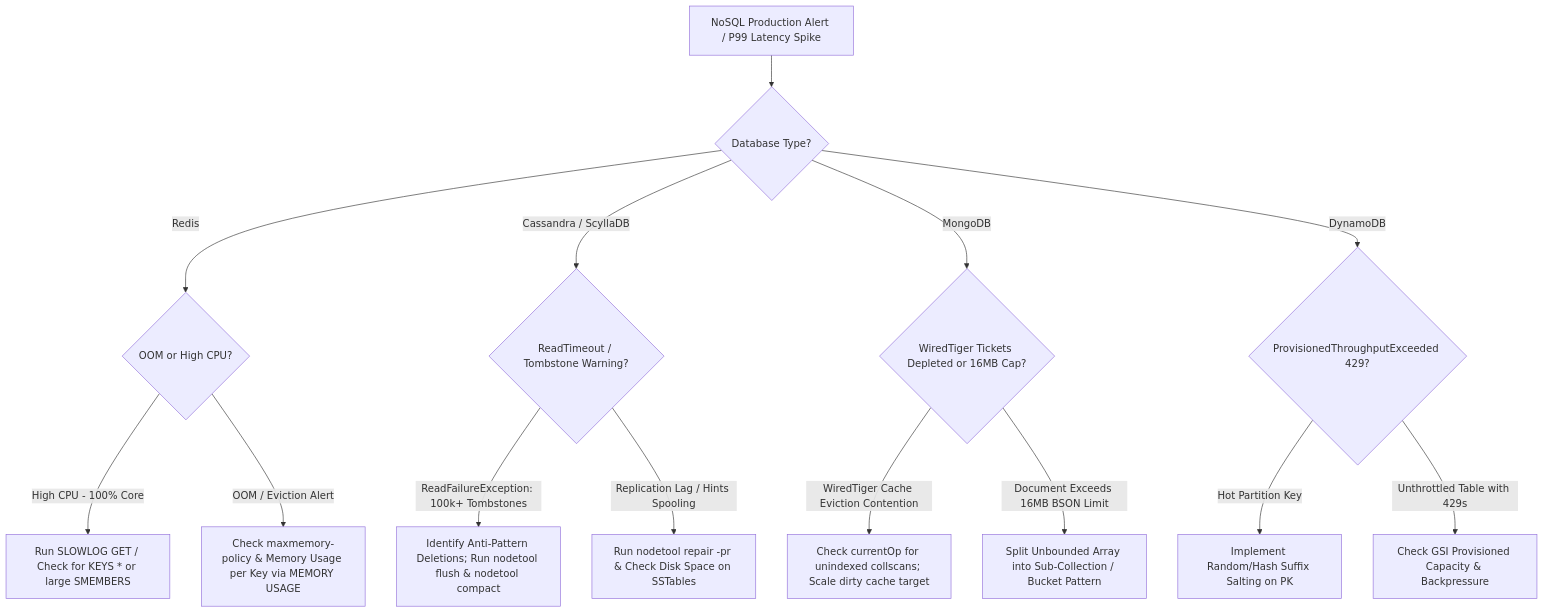
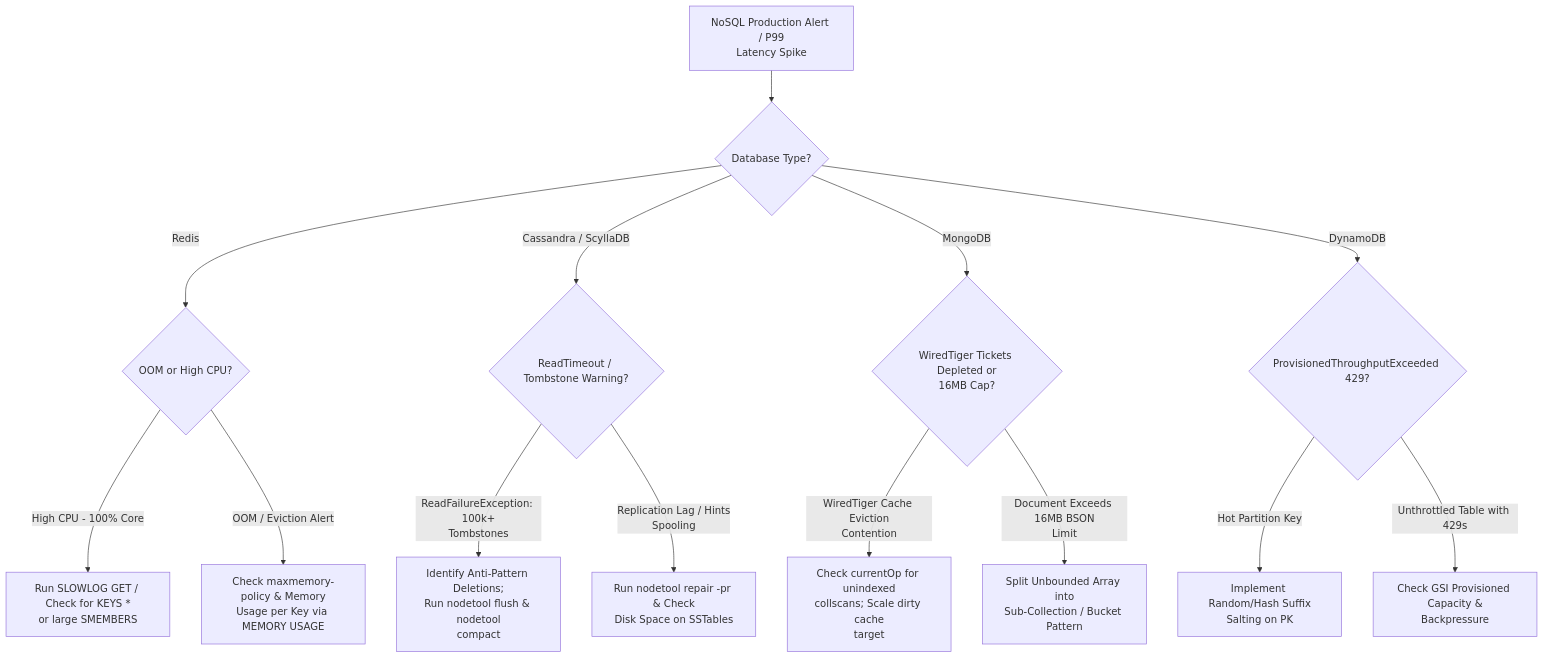
The diagram in runbooks/07_nosql_triage_and_sharding_runbooks.md (santoshjammi29/sql-handbook), drawn with Mermaid before and after one commit. The commit also changed 17 other files, not shown here.

Commit message:
fix(diagrams): word-wrap labels and escape comparison operators across all diagrams

````diff
--- a/runbooks/07_nosql_triage_and_sharding_runbooks.md
+++ b/runbooks/07_nosql_triage_and_sharding_runbooks.md
@@ -11,20 +11,20 @@
 ```mermaid
 flowchart TD
-    Alert["NoSQL Production Alert / P99 Latency Spike"] --> Engine{"Database Type?"}
+    Alert["NoSQL Production Alert / P99<br/>Latency Spike"] --> Engine{"Database Type?"}
 
     Engine -->|Redis| RedisCheck{"OOM or High CPU?"}
-    RedisCheck -->|High CPU - 100% Core| RedisCmd["Run SLOWLOG GET / Check for KEYS * or large SMEMBERS"]
-    RedisCheck -->|OOM / Eviction Alert| RedisMem["Check maxmemory-policy & Memory Usage per Key via MEMORY USAGE"]
+    RedisCheck -->|High CPU - 100% Core| RedisCmd["Run SLOWLOG GET / Check for KEYS *<br/>or large SMEMBERS"]
+    RedisCheck -->|"OOM / Eviction Alert"| RedisMem["Check maxmemory-policy & Memory<br/>Usage per Key via MEMORY USAGE"]
 
-    Engine -->|Cassandra / ScyllaDB| CassCheck{"ReadTimeout / Tombstone Warning?"}
-    CassCheck -->|ReadFailureException: 100k+ Tombstones| CassTomb["Identify Anti-Pattern Deletions; Run nodetool flush & nodetool compact"]
-    CassCheck -->|Replication Lag / Hints Spooling| CassRep["Run nodetool repair -pr & Check Disk Space on SSTables"]
+    Engine -->|"Cassandra / ScyllaDB"| CassCheck{"ReadTimeout / Tombstone Warning?"}
+    CassCheck -->|"ReadFailureException: 100k+<br/>Tombstones"| CassTomb["Identify Anti-Pattern Deletions;<br/>Run nodetool flush & nodetool<br/>compact"]
+    CassCheck -->|"Replication Lag / Hints<br/>Spooling"| CassRep["Run nodetool repair -pr & Check<br/>Disk Space on SSTables"]
 
-    Engine -->|MongoDB| MongoCheck{"WiredTiger Tickets Depleted or 16MB Cap?"}
-    MongoCheck -->|WiredTiger Cache Eviction Contention| MongoLock["Check currentOp for unindexed collscans; Scale dirty cache target"]
-    MongoCheck -->|Document Exceeds 16MB BSON Limit| MongoArray["Split Unbounded Array into Sub-Collection / Bucket Pattern"]
+    Engine -->|MongoDB| MongoCheck{"WiredTiger Tickets Depleted or<br/>16MB Cap?"}
+    MongoCheck -->|"WiredTiger Cache Eviction<br/>Contention"| MongoLock["Check currentOp for unindexed<br/>collscans; Scale dirty cache<br/>target"]
+    MongoCheck -->|"Document Exceeds 16MB BSON<br/>Limit"| MongoArray["Split Unbounded Array into<br/>Sub-Collection / Bucket Pattern"]
 
     Engine -->|DynamoDB| DynamoCheck{"ProvisionedThroughputExceeded 429?"}
-    DynamoCheck -->|Hot Partition Key| DynamoSalt["Implement Random/Hash Suffix Salting on PK"]
-    DynamoCheck -->|Unthrottled Table with 429s| DynamoGSI["Check GSI Provisioned Capacity & Backpressure"]
+    DynamoCheck -->|Hot Partition Key| DynamoSalt["Implement Random/Hash Suffix<br/>Salting on PK"]
+    DynamoCheck -->|Unthrottled Table with 429s| DynamoGSI["Check GSI Provisioned Capacity &<br/>Backpressure"]
 ```
````
